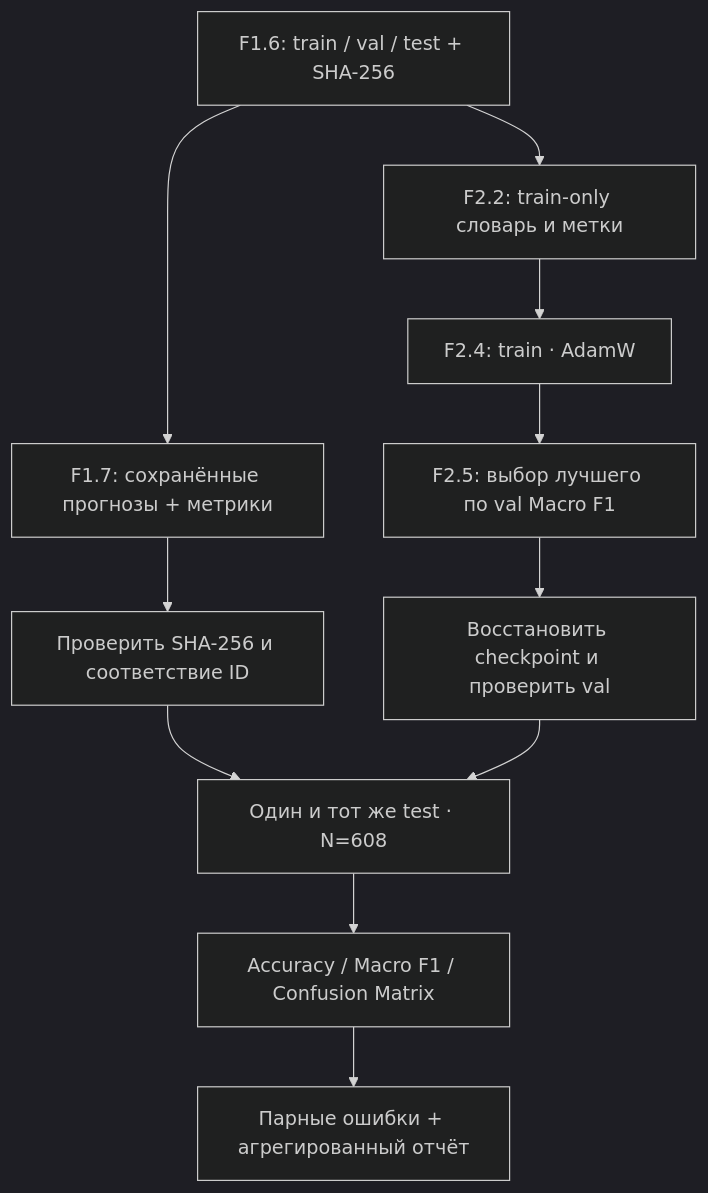
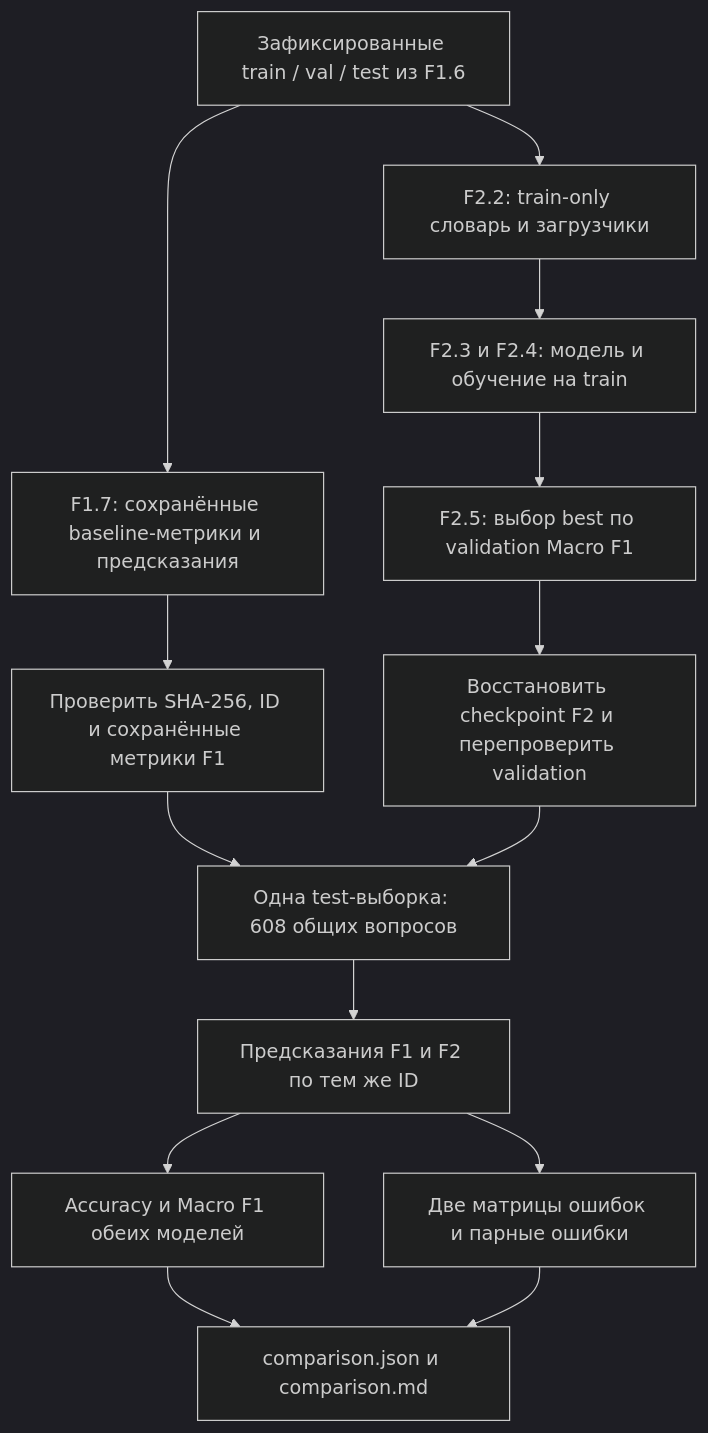
The diagram in docs/steps/F2_07_classical_vs_neural.md (trasher88/ml-engineering-lab), drawn with Mermaid (dark theme) before and after one commit. The commit also changed other lines of this file and 7 other files, not shown here.

````diff
--- a/docs/steps/F2_07_classical_vs_neural.md
+++ b/docs/steps/F2_07_classical_vs_neural.md
@@ -13,13 +281,16 @@
 ```mermaid
 flowchart TD
-    A["F1.6: train / val / test + SHA-256"] --> B["F1.7: сохранённые прогнозы + метрики"]
-    A --> C["F2.2: train-only словарь и метки"]
-    C --> D["F2.4: train · AdamW"]
-    D --> E["F2.5: выбор лучшего по val Macro F1"]
-    B --> F["Проверить SHA-256 и соответствие ID"]
-    E --> G["Восстановить checkpoint и проверить val"]
-    F --> H["Один и тот же test · N=608"]
+    A[Зафиксированные train / val / test из F1.6] --> B[F1.7: сохранённые baseline-метрики и предсказания]
+    A --> C[F2.2: train-only словарь и загрузчики]
+    C --> D[F2.3 и F2.4: модель и обучение на train]
+    D --> E[F2.5: выбор best по validation Macro F1]
+    B --> F[Проверить SHA-256, ID и сохранённые метрики F1]
+    E --> G[Восстановить checkpoint F2 и перепроверить validation]
+    F --> H[Одна test-выборка: 608 общих вопросов]
     G --> H
-    H --> I["Accuracy / Macro F1 / Confusion Matrix"]
-    I --> J["Парные ошибки + агрегированный отчёт"]
+    H --> I[Предсказания F1 и F2 по тем же ID]
+    I --> J[Accuracy и Macro F1 обеих моделей]
+    I --> K[Две матрицы ошибок и парные ошибки]
+    J --> L[comparison.json и comparison.md]
+    K --> L
 ```
````
